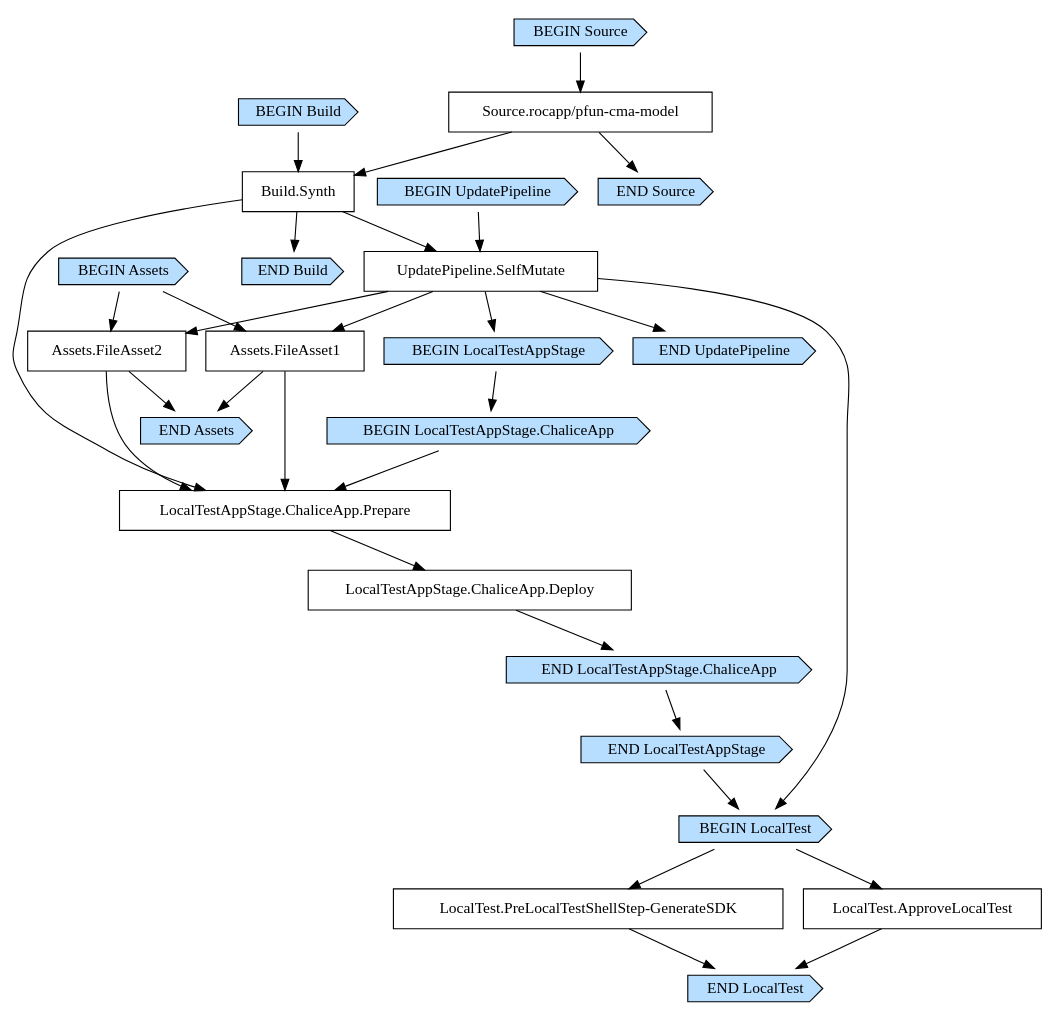
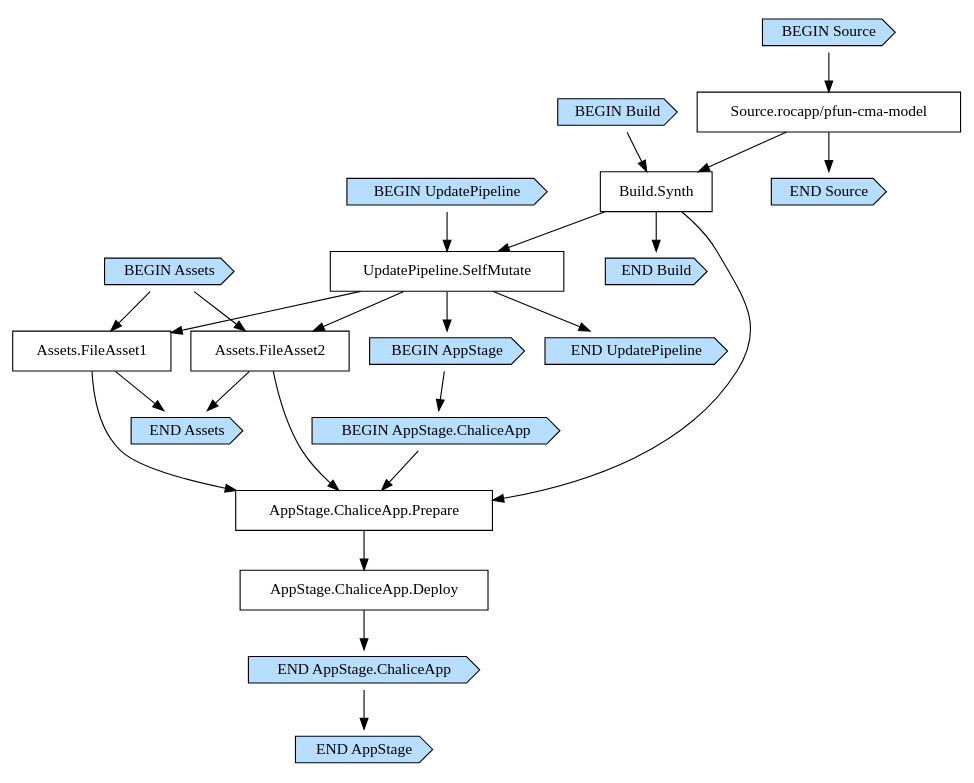
One commit to pfun-health/pfun-cma-model changed the diagram in infrastructure/cdk.out/PFunCMAModelPipeline60AA5A23.dot. Above: the diagram before and after it, drawn with Graphviz. The commit also changed 18 other files, not shown here.

```diff
--- a/infrastructure/cdk.out/PFunCMAModelPipeline60AA5A23.dot
+++ b/infrastructure/cdk.out/PFunCMAModelPipeline60AA5A23.dot
@@ -1,59 +1,49 @@
 digraph G {
   # Arrows represent an "unlocks" relationship (opposite of dependency). So chosen
   # because the layout looks more natural that way.
   # To represent subgraph dependencies, subgraphs are represented by BEGIN/END nodes.
   # To render: `dot -Tsvg PFunCMAModelPipeline60AA5A23.dot > graph.svg`, open in a browser.
   node [shape="box"];
 "BEGIN Build" [shape="cds", style="filled", fillcolor="#b7deff"];
 "END Build" [shape="cds", style="filled", fillcolor="#b7deff"];
 "Build.Synth";
 "Source.rocapp/pfun-cma-model" -> "Build.Synth";
 "BEGIN Build" -> "Build.Synth";
 "Build.Synth" -> "END Build";
 "BEGIN UpdatePipeline" [shape="cds", style="filled", fillcolor="#b7deff"];
 "END UpdatePipeline" [shape="cds", style="filled", fillcolor="#b7deff"];
 "UpdatePipeline.SelfMutate";
 "Build.Synth" -> "UpdatePipeline.SelfMutate";
 "BEGIN UpdatePipeline" -> "UpdatePipeline.SelfMutate";
 "UpdatePipeline.SelfMutate" -> "END UpdatePipeline";
 "BEGIN Assets" [shape="cds", style="filled", fillcolor="#b7deff"];
 "END Assets" [shape="cds", style="filled", fillcolor="#b7deff"];
 "Assets.FileAsset1";
 "UpdatePipeline.SelfMutate" -> "Assets.FileAsset1";
 "Assets.FileAsset2";
 "UpdatePipeline.SelfMutate" -> "Assets.FileAsset2";
 "BEGIN Assets" -> "Assets.FileAsset1";
 "BEGIN Assets" -> "Assets.FileAsset2";
 "Assets.FileAsset1" -> "END Assets";
 "Assets.FileAsset2" -> "END Assets";
-"BEGIN LocalTestAppStage" [shape="cds", style="filled", fillcolor="#b7deff"];
-"END LocalTestAppStage" [shape="cds", style="filled", fillcolor="#b7deff"];
-"UpdatePipeline.SelfMutate" -> "BEGIN LocalTestAppStage";
-"BEGIN LocalTestAppStage.ChaliceApp" [shape="cds", style="filled", fillcolor="#b7deff"];
-"END LocalTestAppStage.ChaliceApp" [shape="cds", style="filled", fillcolor="#b7deff"];
-"LocalTestAppStage.ChaliceApp.Deploy";
-"LocalTestAppStage.ChaliceApp.Prepare" -> "LocalTestAppStage.ChaliceApp.Deploy";
-"LocalTestAppStage.ChaliceApp.Prepare";
-"Build.Synth" -> "LocalTestAppStage.ChaliceApp.Prepare";
-"Assets.FileAsset1" -> "LocalTestAppStage.ChaliceApp.Prepare";
-"Assets.FileAsset2" -> "LocalTestAppStage.ChaliceApp.Prepare";
-"BEGIN LocalTestAppStage.ChaliceApp" -> "LocalTestAppStage.ChaliceApp.Prepare";
-"LocalTestAppStage.ChaliceApp.Deploy" -> "END LocalTestAppStage.ChaliceApp";
-"BEGIN LocalTestAppStage" -> "BEGIN LocalTestAppStage.ChaliceApp";
-"END LocalTestAppStage.ChaliceApp" -> "END LocalTestAppStage";
-"BEGIN LocalTest" [shape="cds", style="filled", fillcolor="#b7deff"];
-"END LocalTest" [shape="cds", style="filled", fillcolor="#b7deff"];
-"UpdatePipeline.SelfMutate" -> "BEGIN LocalTest";
-"END LocalTestAppStage" -> "BEGIN LocalTest";
-"LocalTest.PreLocalTestShellStep-GenerateSDK";
-"LocalTest.ApproveLocalTest";
-"BEGIN LocalTest" -> "LocalTest.ApproveLocalTest";
-"BEGIN LocalTest" -> "LocalTest.PreLocalTestShellStep-GenerateSDK";
-"LocalTest.ApproveLocalTest" -> "END LocalTest";
-"LocalTest.PreLocalTestShellStep-GenerateSDK" -> "END LocalTest";
+"BEGIN AppStage" [shape="cds", style="filled", fillcolor="#b7deff"];
+"END AppStage" [shape="cds", style="filled", fillcolor="#b7deff"];
+"UpdatePipeline.SelfMutate" -> "BEGIN AppStage";
+"BEGIN AppStage.ChaliceApp" [shape="cds", style="filled", fillcolor="#b7deff"];
+"END AppStage.ChaliceApp" [shape="cds", style="filled", fillcolor="#b7deff"];
+"AppStage.ChaliceApp.Deploy";
+"AppStage.ChaliceApp.Prepare" -> "AppStage.ChaliceApp.Deploy";
+"AppStage.ChaliceApp.Prepare";
+"Build.Synth" -> "AppStage.ChaliceApp.Prepare";
+"Assets.FileAsset1" -> "AppStage.ChaliceApp.Prepare";
+"Assets.FileAsset2" -> "AppStage.ChaliceApp.Prepare";
+"BEGIN AppStage.ChaliceApp" -> "AppStage.ChaliceApp.Prepare";
+"AppStage.ChaliceApp.Deploy" -> "END AppStage.ChaliceApp";
+"BEGIN AppStage" -> "BEGIN AppStage.ChaliceApp";
+"END AppStage.ChaliceApp" -> "END AppStage";
 "BEGIN Source" [shape="cds", style="filled", fillcolor="#b7deff"];
 "END Source" [shape="cds", style="filled", fillcolor="#b7deff"];
 "Source.rocapp/pfun-cma-model";
 "BEGIN Source" -> "Source.rocapp/pfun-cma-model";
 "Source.rocapp/pfun-cma-model" -> "END Source";
 }
```
